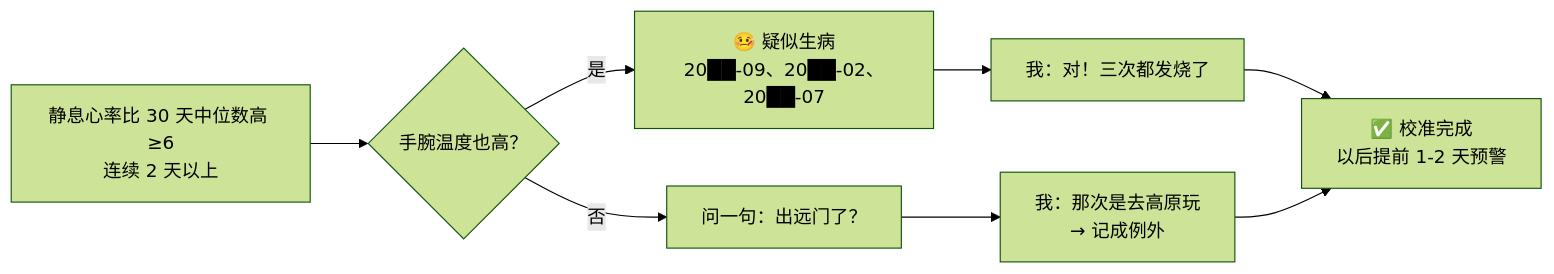
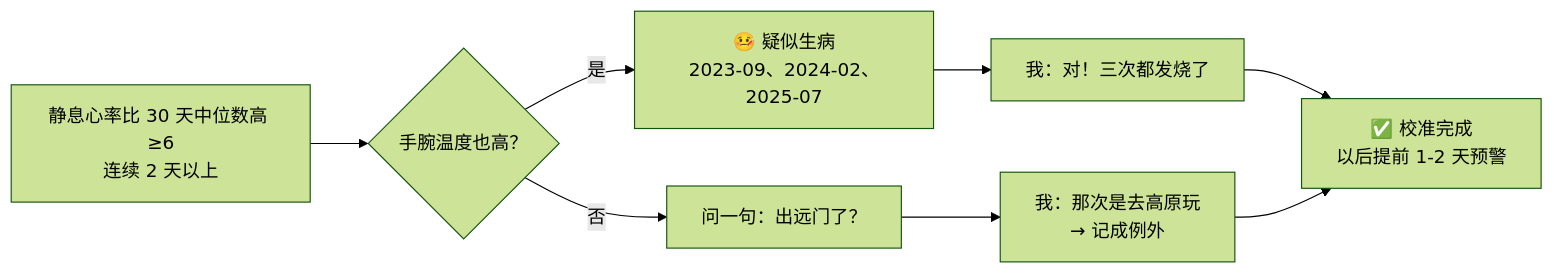
The fourth of 7 diagrams in README.md (JamesNolan17/health-buddy), drawn with Mermaid (forest theme) before and after one commit. The commit also changed other lines of this file and 6 other files, not shown here.

````diff
--- a/README.md
+++ b/README.md
@@ -221,9 +221,9 @@
 ```mermaid
 flowchart LR
     A[静息心率比 30 天中位数高 ≥6<br/>连续 2 天以上] --> B{手腕温度也高？}
-    B -- 是 --> C[🤒 疑似生病<br/>20██-09、20██-02、20██-07]
+    B -- 是 --> C[🤒 疑似生病<br/>2023-09、2024-02、2025-07]
     B -- 否 --> D[问一句：出远门了？]
     C --> E[我：对！三次都发烧了]
     D --> F[我：那次是去高原玩<br/>→ 记成例外]
     E & F --> G[✅ 校准完成<br/>以后提前 1-2 天预警]
 ```
````
